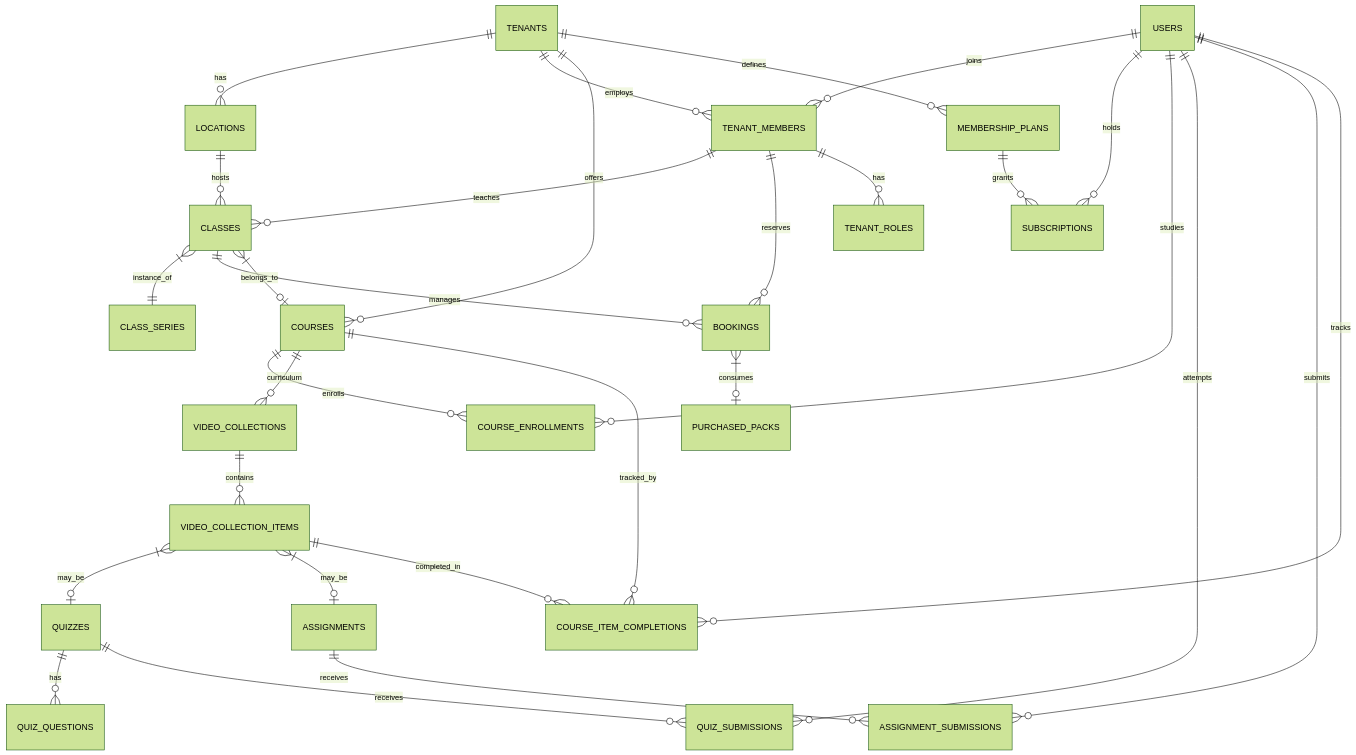
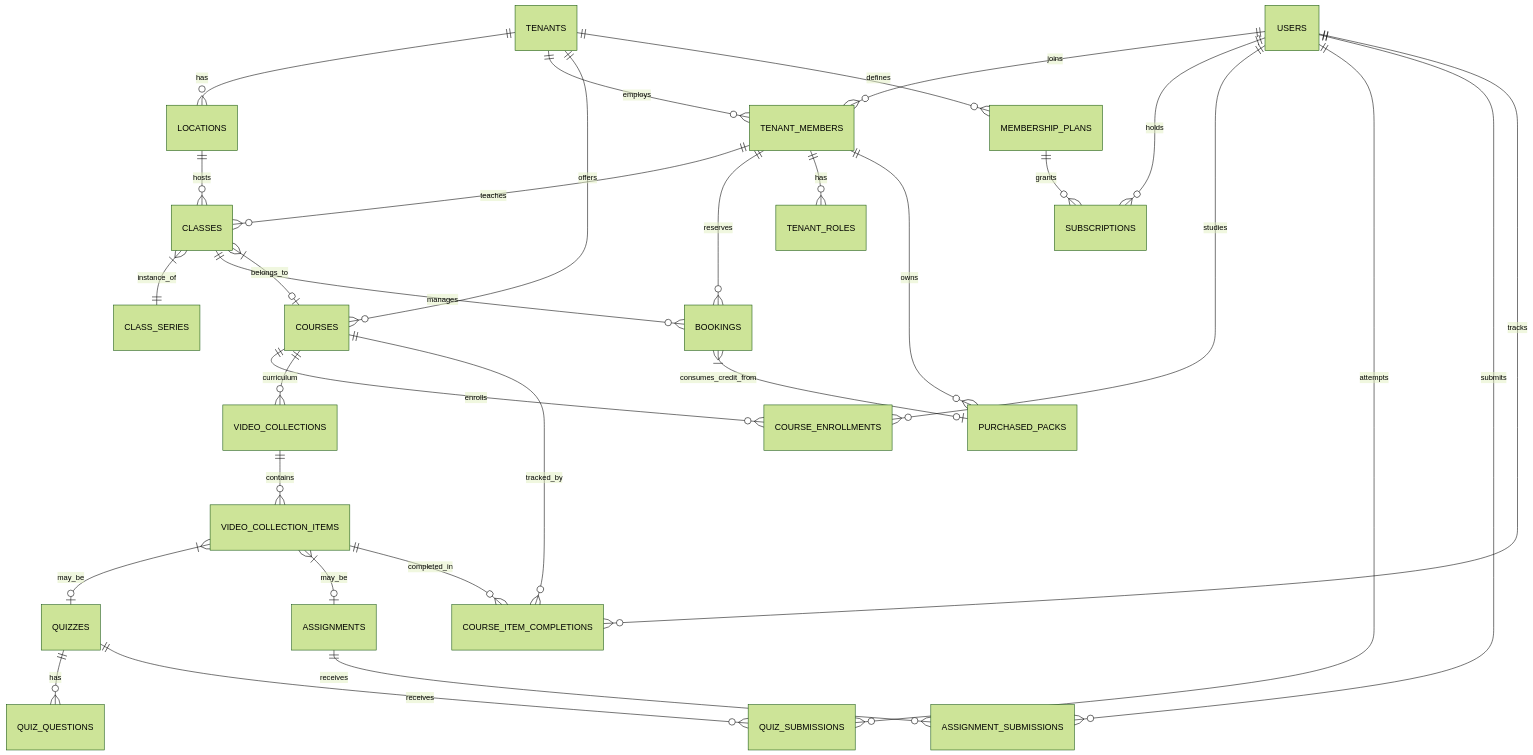
Before and after one commit to slichti/studio-platform-dev: the first of 3 diagrams in README.md, drawn with Mermaid (forest theme). The commit also changed other lines of this file and 4 other files, not shown here.

````diff
--- a/README.md
+++ b/README.md
@@ -20,40 +22,41 @@
 ```mermaid
 erDiagram
     TENANTS ||--o{ LOCATIONS : has
     TENANTS ||--o{ TENANT_MEMBERS : employs
     TENANTS ||--o{ COURSES : offers
     TENANTS ||--o{ MEMBERSHIP_PLANS : defines
 
     USERS ||--o{ TENANT_MEMBERS : joins
     USERS ||--o{ SUBSCRIPTIONS : holds
     USERS ||--o{ COURSE_ENROLLMENTS : studies
     USERS ||--o{ QUIZ_SUBMISSIONS : attempts
     USERS ||--o{ ASSIGNMENT_SUBMISSIONS : submits
     USERS ||--o{ COURSE_ITEM_COMPLETIONS : tracks
 
     TENANT_MEMBERS ||--o{ CLASSES : teaches
     TENANT_MEMBERS ||--o{ BOOKINGS : reserves
     TENANT_MEMBERS ||--o{ TENANT_ROLES : has
 
     LOCATIONS ||--o{ CLASSES : hosts
 
     CLASSES }|--|| CLASS_SERIES : instance_of
     CLASSES ||--o{ BOOKINGS : manages
     CLASSES }|--o| COURSES : belongs_to
 
     COURSES ||--o{ COURSE_ENROLLMENTS : enrolls
     COURSES ||--o{ VIDEO_COLLECTIONS : curriculum
     COURSES ||--o{ COURSE_ITEM_COMPLETIONS : tracked_by
 
     VIDEO_COLLECTIONS ||--o{ VIDEO_COLLECTION_ITEMS : contains
     VIDEO_COLLECTION_ITEMS }|--o| QUIZZES : may_be
     VIDEO_COLLECTION_ITEMS }|--o| ASSIGNMENTS : may_be
     VIDEO_COLLECTION_ITEMS ||--o{ COURSE_ITEM_COMPLETIONS : completed_in
 
     QUIZZES ||--o{ QUIZ_QUESTIONS : has
     QUIZZES ||--o{ QUIZ_SUBMISSIONS : receives
     ASSIGNMENTS ||--o{ ASSIGNMENT_SUBMISSIONS : receives
 
     MEMBERSHIP_PLANS ||--o{ SUBSCRIPTIONS : grants
-    BOOKINGS }|--o| PURCHASED_PACKS : consumes
+    TENANT_MEMBERS ||--o{ PURCHASED_PACKS : owns
+    BOOKINGS }|--o| PURCHASED_PACKS : consumes_credit_from
 ```
````
